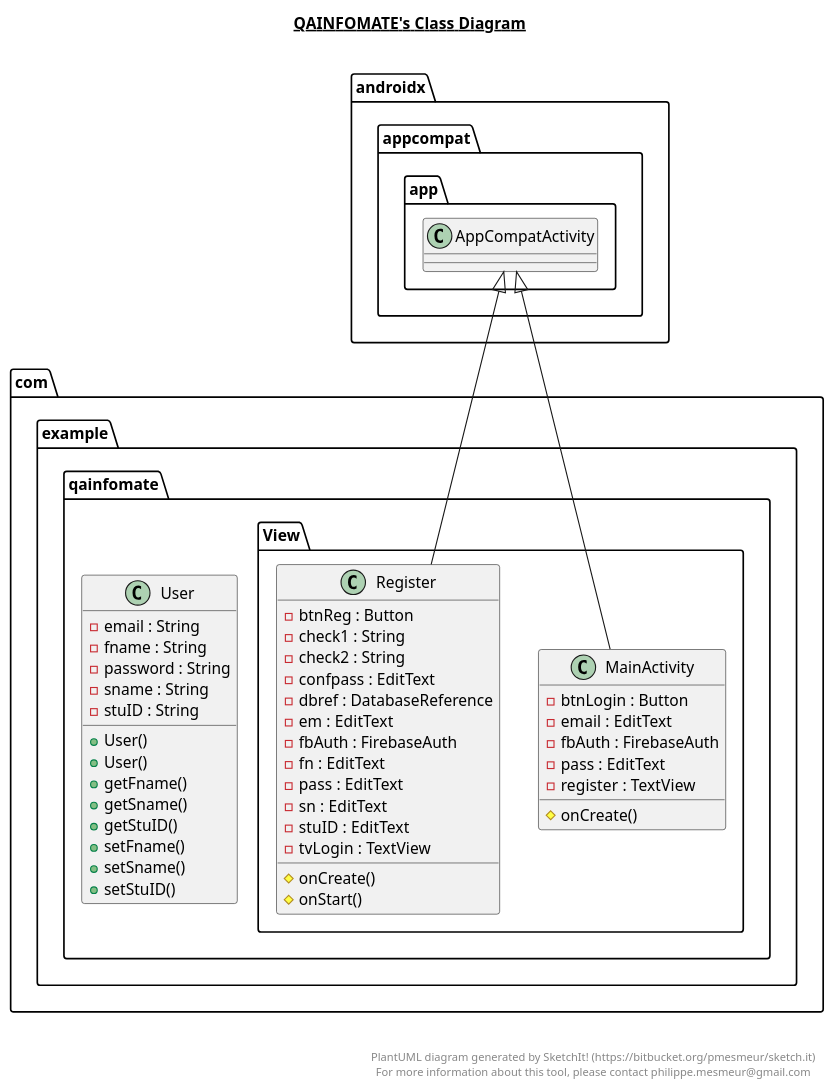
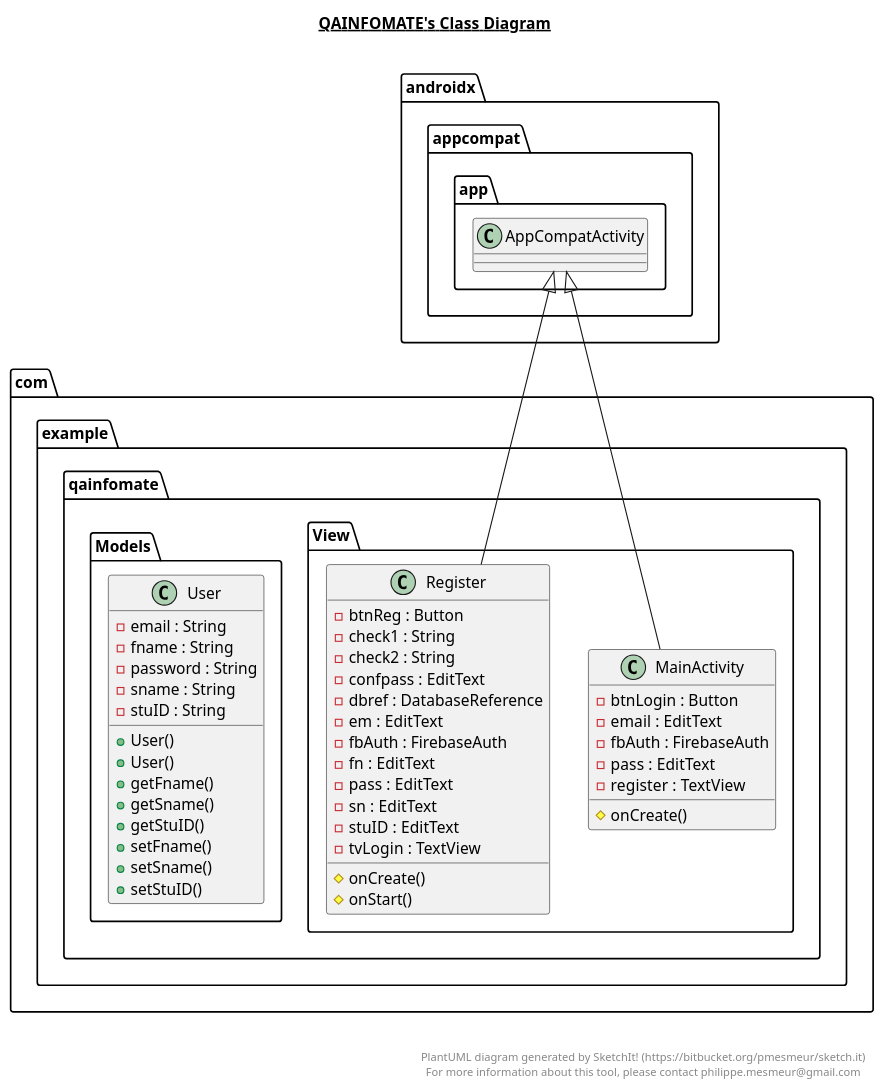
The diagram in app/src/main/java/com/example/qainfomate/qainfomate.plantuml (Cartachana/QA-Info-Mate), drawn with PlantUML before and after one commit. The commit also changed 21 other files, not shown here.

```diff
--- a/app/src/main/java/com/example/qainfomate/qainfomate.plantuml
+++ b/app/src/main/java/com/example/qainfomate/qainfomate.plantuml
@@ -1,67 +1,67 @@
 @startuml
 
 title __QAINFOMATE's Class Diagram__\n
 
   namespace com.example.qainfomate {
     class com.example.qainfomate.View.MainActivity {
         - btnLogin : Button
         - email : EditText
         - fbAuth : FirebaseAuth
         - pass : EditText
         - register : TextView
         # onCreate()
     }
   }
   
 
   namespace com.example.qainfomate {
     class com.example.qainfomate.View.Register {
         - btnReg : Button
         - check1 : String
         - check2 : String
         - confpass : EditText
         - dbref : DatabaseReference
         - em : EditText
         - fbAuth : FirebaseAuth
         - fn : EditText
         - pass : EditText
         - sn : EditText
         - stuID : EditText
         - tvLogin : TextView
         # onCreate()
         # onStart()
     }
   }
   
 
   namespace com.example.qainfomate {
-    class com.example.qainfomate.User {
+    class com.example.qainfomate.Models.User {
         - email : String
         - fname : String
         - password : String
         - sname : String
         - stuID : String
         + User()
         + User()
         + getFname()
         + getSname()
         + getStuID()
         + setFname()
         + setSname()
         + setStuID()
     }
   }
   
 
   com.example.qainfomate.View.MainActivity -up-|> androidx.appcompat.app.AppCompatActivity
   com.example.qainfomate.View.Register -up-|> androidx.appcompat.app.AppCompatActivity
 
 
 right footer
 
 
 PlantUML diagram generated by SketchIt! (https://bitbucket.org/pmesmeur/sketch.it)
 For more information about this tool, please contact philippe.mesmeur@gmail.com
 endfooter
 
 @enduml
```
